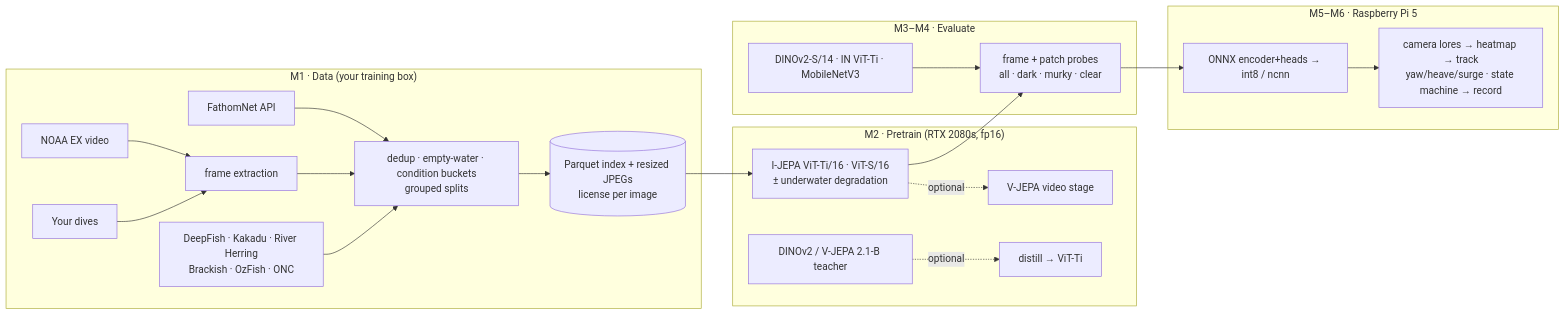
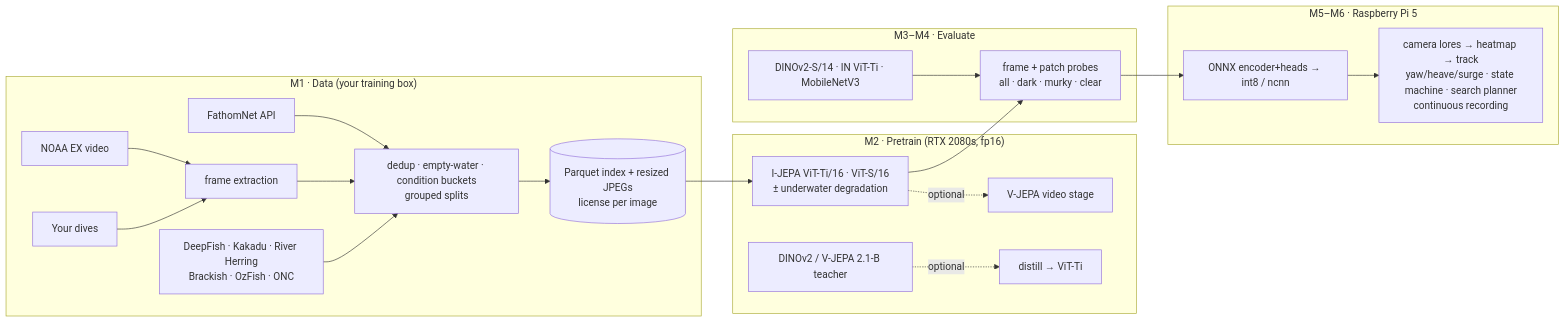
One commit to txfg/talosaur-JEPA changed the diagram in docs/PLAN.md. Above: the diagram before and after it, drawn with Mermaid. The commit also changed other lines of this file and 27 other files, not shown here.

````diff
--- a/docs/PLAN.md
+++ b/docs/PLAN.md
@@ -18,23 +21,23 @@
 ```mermaid
 flowchart LR
   subgraph M1["M1 · Data (your training box)"]
     S1["FathomNet API"] --> CUR
     S2["NOAA EX video"] --> FX["frame extraction"] --> CUR
     S3["DeepFish · Kakadu · River Herring<br/>Brackish · OzFish · ONC"] --> CUR
     S4["Your dives"] --> FX
     CUR["dedup · empty-water · condition buckets<br/>grouped splits"] --> IDX[("Parquet index + resized JPEGs<br/>license per image")]
   end
   subgraph M2["M2 · Pretrain (RTX 2080s, fp16)"]
     IDX --> IJ["I-JEPA ViT-Ti/16 · ViT-S/16<br/>± underwater degradation"]
     IJ -.->|optional| VJ["V-JEPA video stage"]
     TCH["DINOv2 / V-JEPA 2.1-B teacher"] -.->|optional| KD["distill → ViT-Ti"]
   end
   subgraph M34["M3–M4 · Evaluate"]
     IJ --> PR["frame + patch probes<br/>all · dark · murky · clear"]
     BL["DINOv2-S/14 · IN ViT-Ti · MobileNetV3"] --> PR
   end
   subgraph M56["M5–M6 · Raspberry Pi 5"]
     PR --> EXP["ONNX encoder+heads → int8 / ncnn"]
-    EXP --> RT["camera lores → heatmap → track<br/>yaw/heave/surge · state machine → record"]
+    EXP --> RT["camera lores → heatmap → track<br/>yaw/heave/surge · state machine · search planner<br/>continuous recording"]
   end
 ```
````
